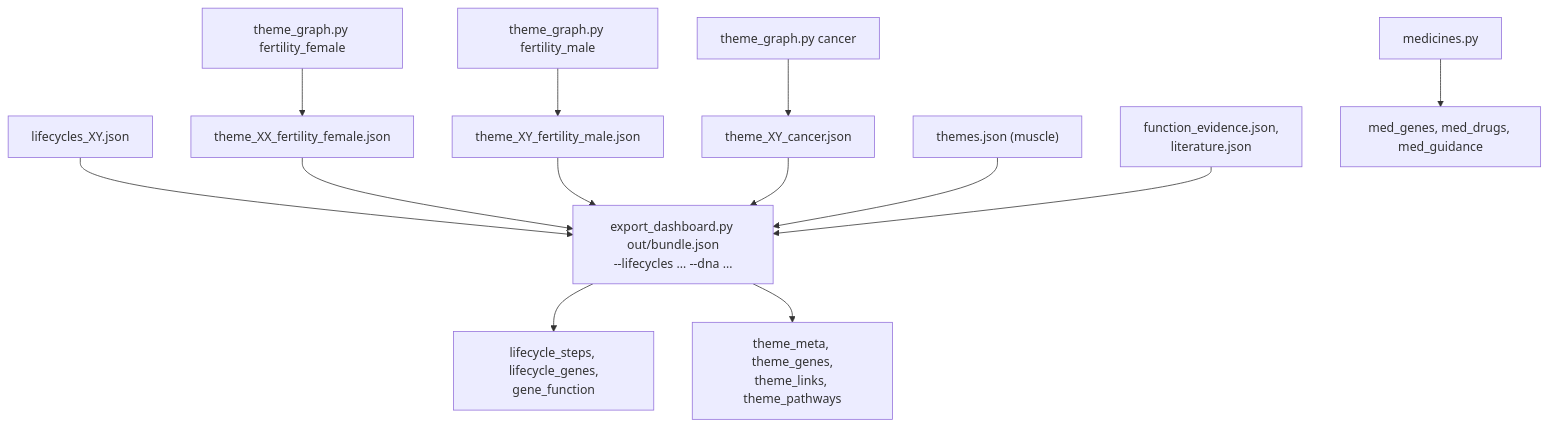
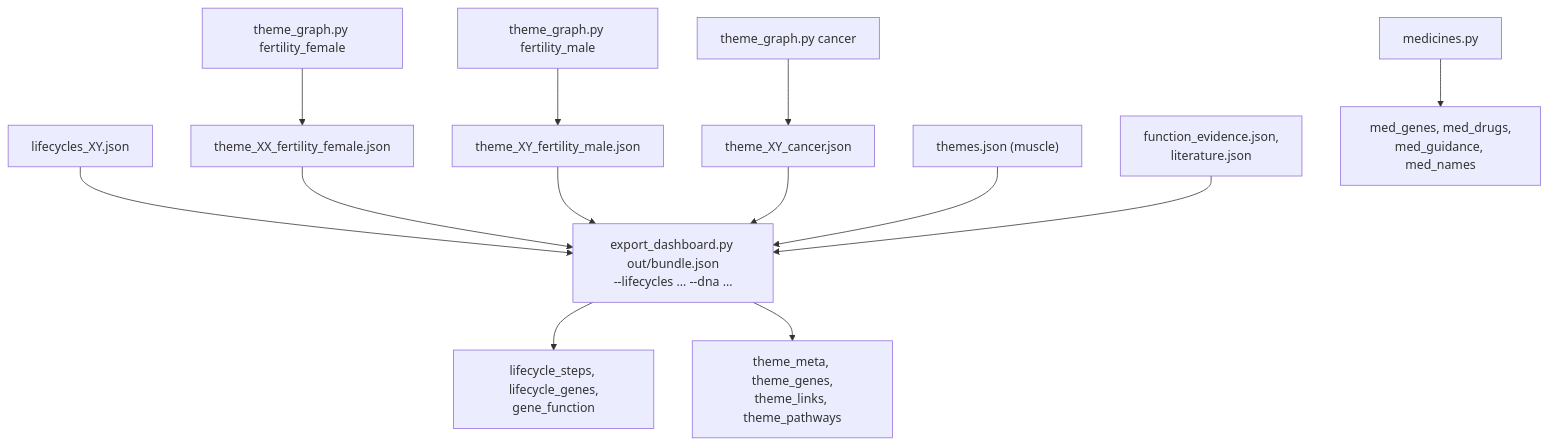
Before and after one commit to Lyceriuss/DNA-Analyzer: the second of 4 diagrams in docs/architecture/explorer.md, drawn with Mermaid. The commit also changed other lines of this file and 9 other files, not shown here.

First line of the commit message:
Medicines feature: search by any name, dosing guidance, evidence grades and study sizes

````diff
--- a/docs/architecture/explorer.md
+++ b/docs/architecture/explorer.md
@@ -33,13 +35,13 @@
 ```mermaid
 flowchart TB
     T1["theme_graph.py fertility_female"] --> X1["theme_XX_fertility_female.json"]
     T2["theme_graph.py fertility_male"] --> X2["theme_XY_fertility_male.json"]
     T3["theme_graph.py cancer"] --> X3["theme_XY_cancer.json"]
     LC["lifecycles_XY.json"] --> E
     X1 & X2 & X3 --> E["export_dashboard.py out/bundle.json<br/>--lifecycles … --dna …"]
     TH["themes.json (muscle)"] --> E
     EVJ["function_evidence.json,<br/>literature.json"] --> E
     E --> D1["lifecycle_steps, lifecycle_genes,<br/>gene_function"]
     E --> D2["theme_meta, theme_genes,<br/>theme_links, theme_pathways"]
-    MP["medicines.py"] --> D3["med_genes, med_drugs, med_guidance"]
+    MP["medicines.py"] --> D3["med_genes, med_drugs,<br/>med_guidance, med_names"]
 ```
````
